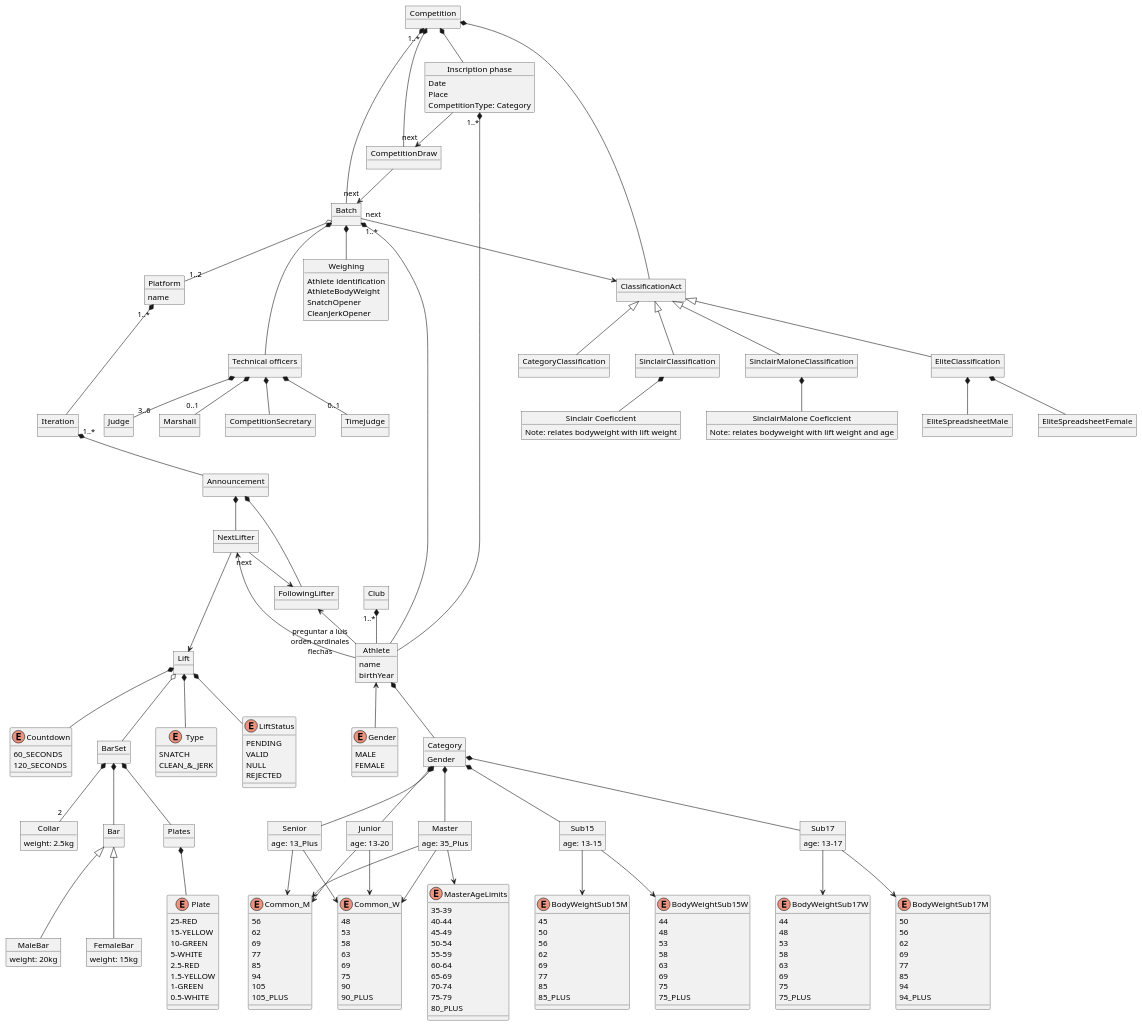
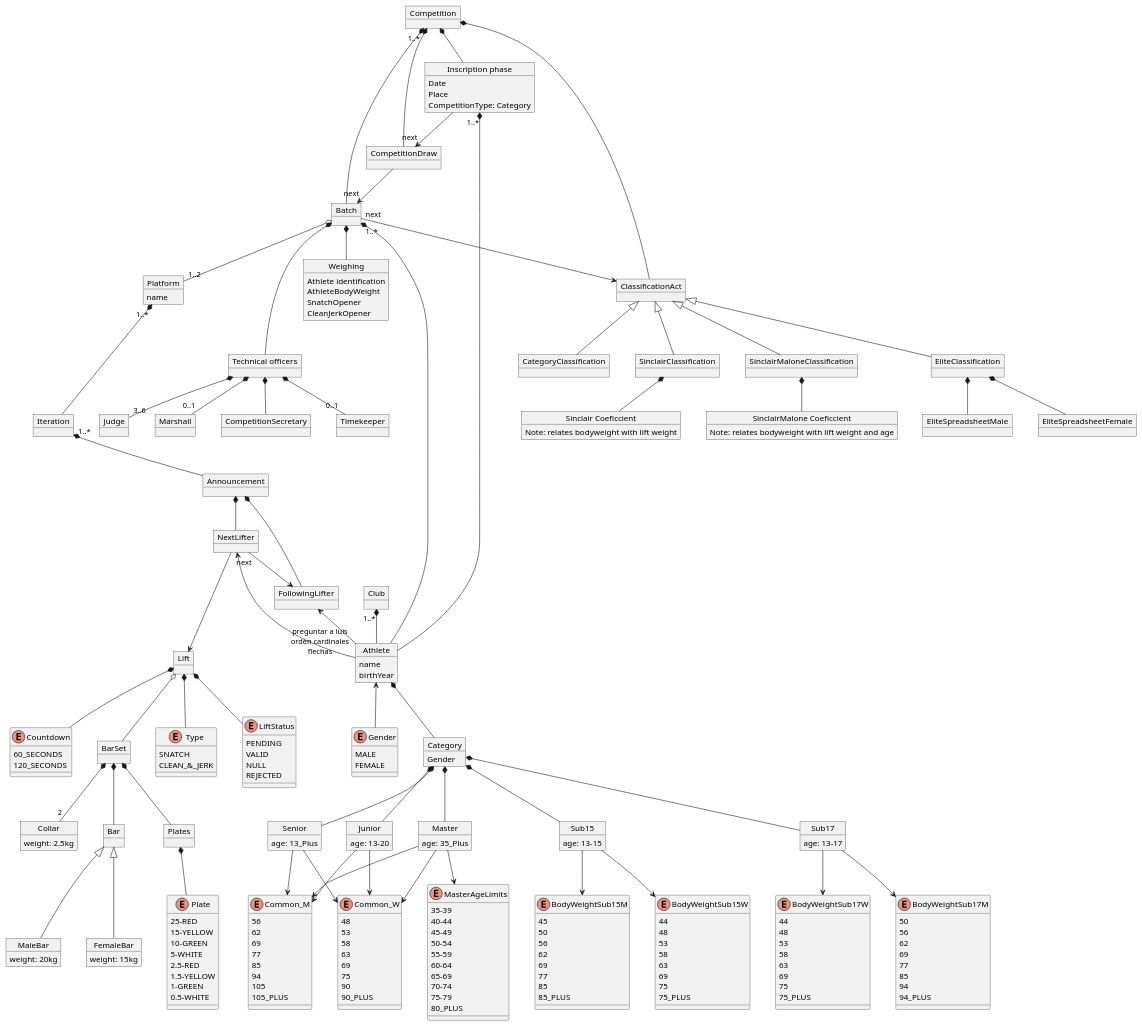
One commit to zuldare/mastercloud_pfm_halterocms changed the diagram in diagrams/modelDomain/competitionDomainModel.puml. Above: the diagram before and after it, drawn with PlantUML. The commit also changed 11 other files, not shown here.

```diff
--- a/diagrams/modelDomain/competitionDomainModel.puml
+++ b/diagrams/modelDomain/competitionDomainModel.puml
@@ -40,7 +40,7 @@
 object Judge
 object Marshall
 object CompetitionSecretary
-object TimeJudge
+object Timekeeper
 object Lift
 enum Type {
   SNATCH
@@ -233,7 +233,7 @@
 TC *-- "3..6" Judge
 TC *-- CompetitionSecretary
 TC *-- "0..1" Marshall
-TC *-- "0..1" TimeJudge
+TC *-- "0..1" Timekeeper
 
 Platform "1..*" *---  Iteration
 Iteration "1..*" *--  Announcement
```
